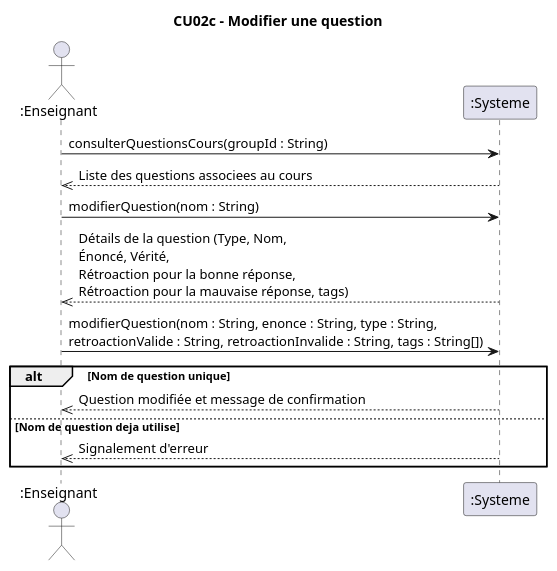
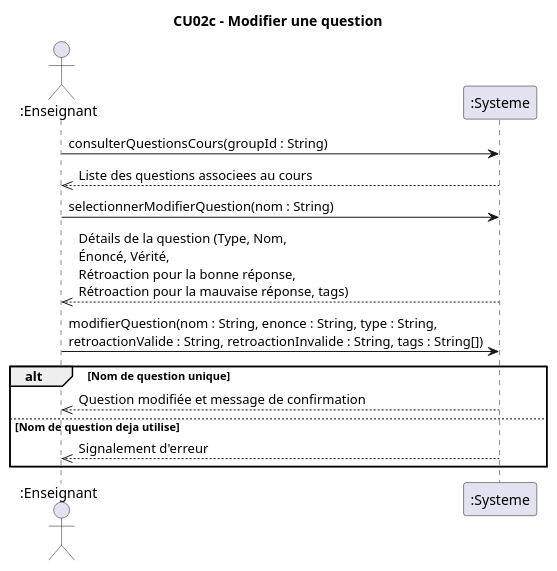
One commit to xMrYahya/moodle-clone changed the diagram in docs/modeles/cu02/dss-modifier-question.puml. Above: the diagram before and after it, drawn with PlantUML.

Commit message:
updt dss modifier question

```diff
--- a/docs/modeles/cu02/dss-modifier-question.puml
+++ b/docs/modeles/cu02/dss-modifier-question.puml
@@ -1,16 +1,16 @@
 @startuml
 title CU02c - Modifier une question
 actor ":Enseignant" as e
 participant ":Systeme" as s
 e->s : consulterQuestionsCours(groupId : String)
 s-->>e : Liste des questions associees au cours
 'Noter qu'il faudrait 2 boutons 1 pour details, un pour modifier
-e->s : modifierQuestion(nom : String)
+e->s : selectionnerModifierQuestion(nom : String)
 s-->>e : Détails de la question (Type, Nom,\nÉnoncé, Vérité, \nRétroaction pour la bonne réponse, \nRétroaction pour la mauvaise réponse, tags)
 e->s : modifierQuestion(nom : String, enonce : String, type : String, \nretroactionValide : String, retroactionInvalide : String, tags : String[])
 alt Nom de question unique
 s-->>e : Question modifiée et message de confirmation
 else Nom de question deja utilise 
 s-->>e : Signalement d'erreur
 end alt
 @enduml
```
